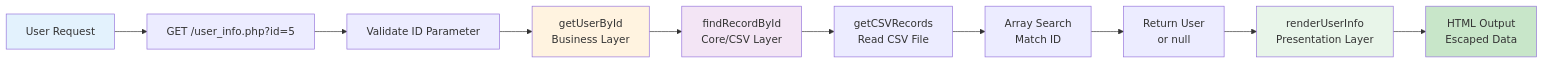
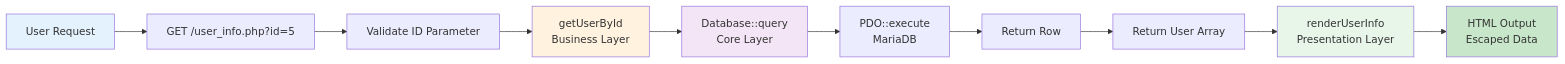
One commit to EsderJ10/CRUDle changed the first of 2 diagrams in docs/TECHNICAL_DOC.md. Above: the diagram before and after it, drawn with Mermaid. The commit also changed other lines of this file and 3 other files, not shown here.

````diff
--- a/docs/TECHNICAL_DOC.md
+++ b/docs/TECHNICAL_DOC.md
@@ -140,18 +140,18 @@
 ```mermaid
 graph LR
     A[User Request] --> B[GET /user_info.php?id=5]
     B --> C[Validate ID Parameter]
     C --> D[getUserById<br/>Business Layer]
-    D --> E[findRecordById<br/>Core/CSV Layer]
-    E --> F[getCSVRecords<br/>Read CSV File]
-    F --> G[Array Search<br/>Match ID]
-    G --> H[Return User<br/>or null]
+    D --> E[Database::query<br/>Core Layer]
+    E --> F[PDO::execute<br/>MariaDB]
+    F --> G[Return Row]
+    G --> H[Return User Array]
     H --> I[renderUserInfo<br/>Presentation Layer]
     I --> J[HTML Output<br/>Escaped Data]
     
     style A fill:#e3f2fd
     style D fill:#fff3e0
     style E fill:#f3e5f5
     style I fill:#e8f5e9
     style J fill:#c8e6c9
 ```
````
